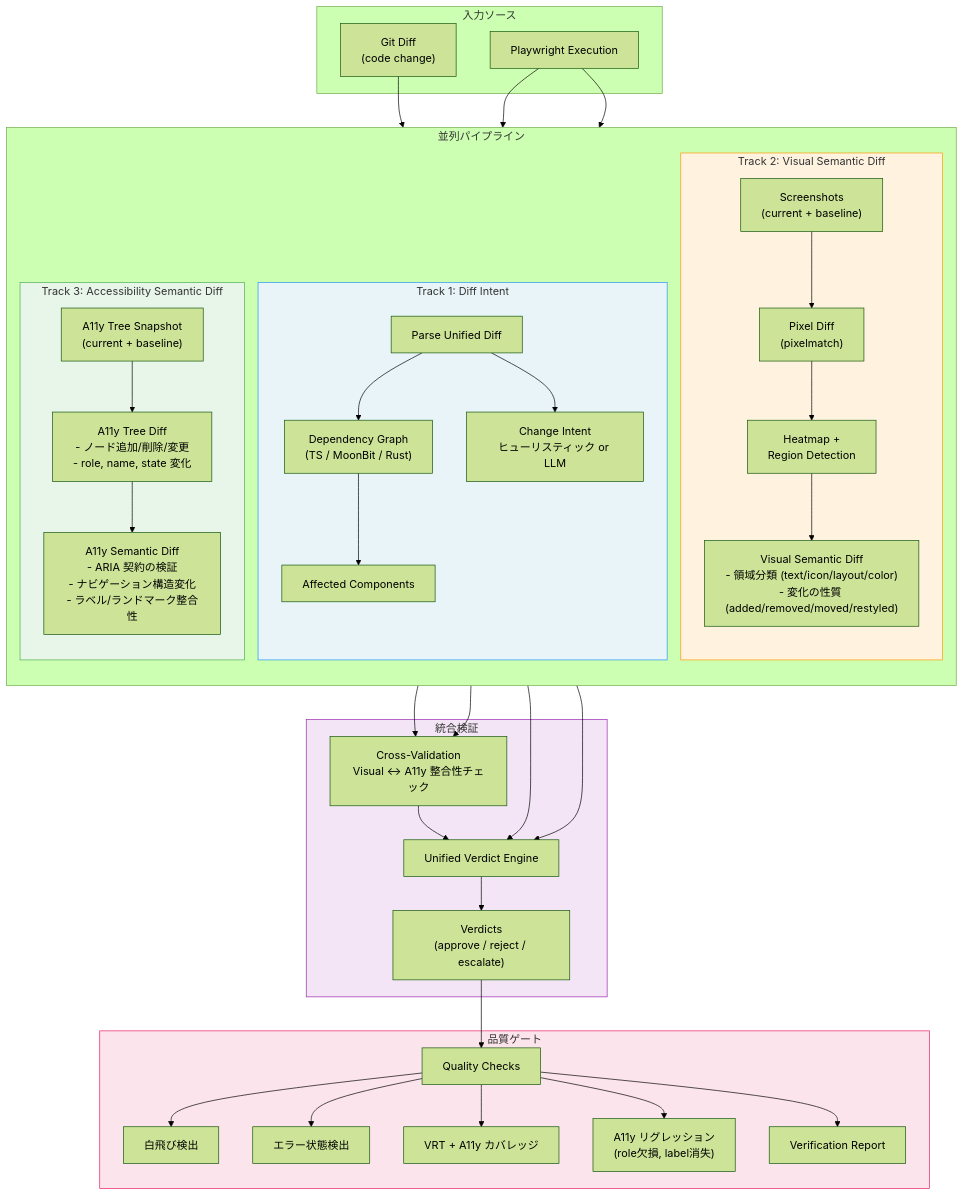
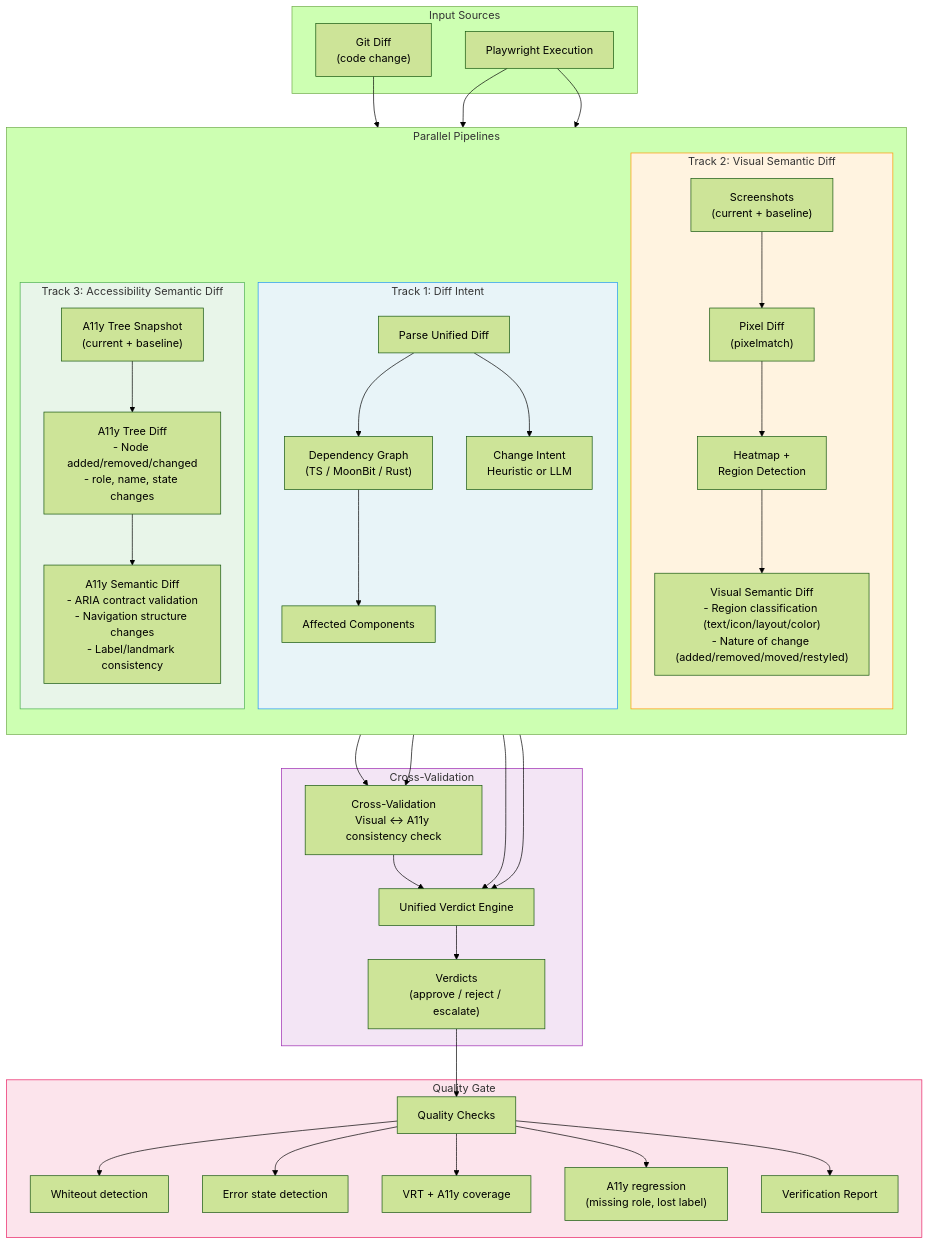
One commit to mizchi/vrt changed the diagram in docs/pipeline.md. Above: the diagram before and after it, drawn with Mermaid (forest theme). The commit also changed other lines of this file and 64 other files, not shown here.

````diff
--- a/docs/pipeline.md
+++ b/docs/pipeline.md
@@ -7,55 +7,55 @@
 ```mermaid
 graph TB
-  subgraph Input["入力ソース"]
+  subgraph Input["Input Sources"]
     GIT["Git Diff<br/>(code change)"]
     PW["Playwright Execution"]
   end
 
-  subgraph Parallel["並列パイプライン"]
+  subgraph Parallel["Parallel Pipelines"]
     direction TB
 
     subgraph Track_Intent["Track 1: Diff Intent"]
       GIT --> PARSE_DIFF["Parse Unified Diff"]
       PARSE_DIFF --> DEP_GRAPH["Dependency Graph<br/>(TS / MoonBit / Rust)"]
       DEP_GRAPH --> AFFECTED["Affected Components"]
-      PARSE_DIFF --> INTENT["Change Intent<br/>ヒューリスティック or LLM"]
+      PARSE_DIFF --> INTENT["Change Intent<br/>Heuristic or LLM"]
     end
 
     subgraph Track_Visual["Track 2: Visual Semantic Diff"]
       PW --> SCREENSHOT["Screenshots<br/>(current + baseline)"]
       SCREENSHOT --> PIXEL_DIFF["Pixel Diff<br/>(pixelmatch)"]
       PIXEL_DIFF --> HEATMAP["Heatmap +<br/>Region Detection"]
-      HEATMAP --> VIS_SEM["Visual Semantic Diff<br/>- 領域分類 (text/icon/layout/color)<br/>- 変化の性質 (added/removed/moved/restyled)"]
+      HEATMAP --> VIS_SEM["Visual Semantic Diff<br/>- Region classification (text/icon/layout/color)<br/>- Nature of change (added/removed/moved/restyled)"]
     end
 
     subgraph Track_A11y["Track 3: Accessibility Semantic Diff"]
       PW --> A11Y_TREE["A11y Tree Snapshot<br/>(current + baseline)"]
-      A11Y_TREE --> A11Y_DIFF["A11y Tree Diff<br/>- ノード追加/削除/変更<br/>- role, name, state 変化"]
-      A11Y_DIFF --> A11Y_SEM["A11y Semantic Diff<br/>- ARIA 契約の検証<br/>- ナビゲーション構造変化<br/>- ラベル/ランドマーク整合性"]
+      A11Y_TREE --> A11Y_DIFF["A11y Tree Diff<br/>- Node added/removed/changed<br/>- role, name, state changes"]
+      A11Y_DIFF --> A11Y_SEM["A11y Semantic Diff<br/>- ARIA contract validation<br/>- Navigation structure changes<br/>- Label/landmark consistency"]
     end
   end
 
-  subgraph Merge["統合検証"]
-    VIS_SEM --> CROSS["Cross-Validation<br/>Visual ↔ A11y 整合性チェック"]
+  subgraph Merge["Cross-Validation"]
+    VIS_SEM --> CROSS["Cross-Validation<br/>Visual ↔ A11y consistency check"]
     A11Y_SEM --> CROSS
     INTENT --> JUDGE["Unified Verdict Engine"]
     AFFECTED --> JUDGE
     CROSS --> JUDGE
     JUDGE --> VERDICTS["Verdicts<br/>(approve / reject / escalate)"]
   end
 
-  subgraph Quality["品質ゲート"]
+  subgraph Quality["Quality Gate"]
     VERDICTS --> QC["Quality Checks"]
-    QC --> WH["白飛び検出"]
-    QC --> ERR["エラー状態検出"]
-    QC --> COV["VRT + A11y カバレッジ"]
-    QC --> A11Y_REG["A11y リグレッション<br/>(role欠損, label消失)"]
+    QC --> WH["Whiteout detection"]
+    QC --> ERR["Error state detection"]
+    QC --> COV["VRT + A11y coverage"]
+    QC --> A11Y_REG["A11y regression<br/>(missing role, lost label)"]
     QC --> REPORT["Verification Report"]
   end
 
   style Track_Intent fill:#e8f4f8,stroke:#2196F3
   style Track_Visual fill:#fff3e0,stroke:#FF9800
   style Track_A11y fill:#e8f5e9,stroke:#4CAF50
   style Merge fill:#f3e5f5,stroke:#9C27B0
   style Quality fill:#fce4ec,stroke:#E91E63
 ```
````
